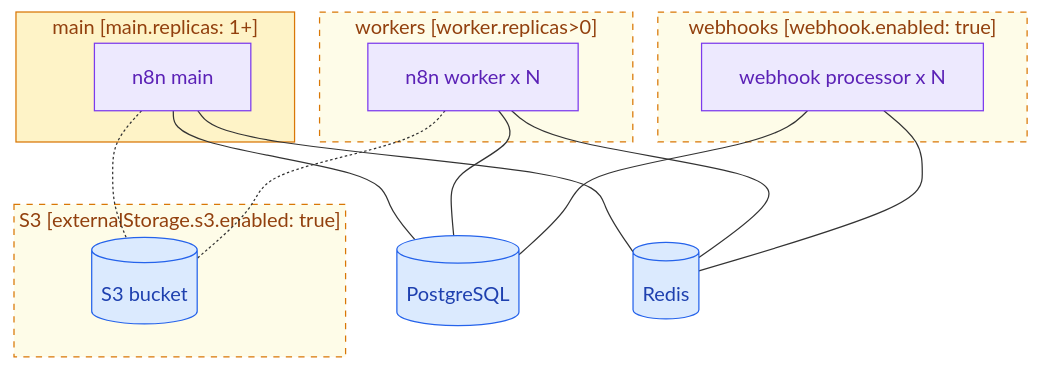
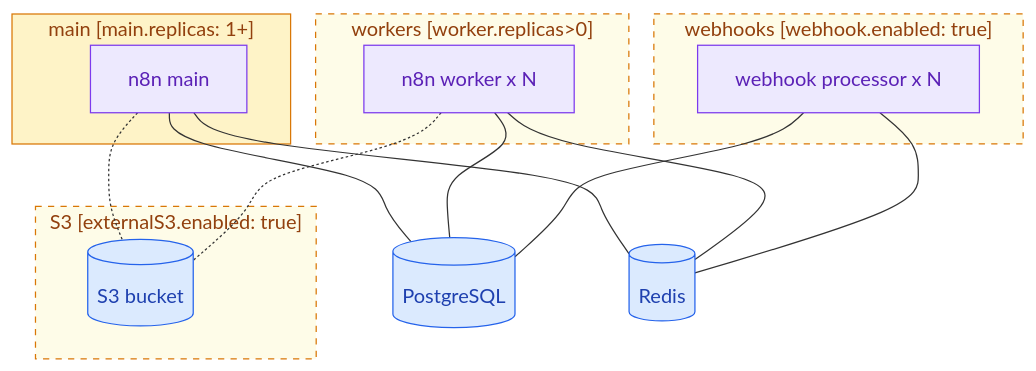
The diagram in README.md (ATHEO-Ingenierie/n8n-helm), drawn with Mermaid before and after one commit. The commit also changed other lines of this file and 6 other files, not shown here.

````diff
--- a/README.md
+++ b/README.md
@@ -20,37 +20,37 @@
 ```mermaid
 graph TD
     subgraph main_box["main [main.replicas: 1+]"]
         M[n8n main]:::comp
     end
 
     subgraph worker_box["workers [worker.replicas>0]"]
         W[n8n worker x N]:::comp
     end
 
     subgraph webhook_box["webhooks [webhook.enabled: true]"]
         WH[webhook processor x N]:::comp
     end
 
     PG[(PostgreSQL)]:::infra
     Redis[(Redis)]:::infra
 
-    subgraph s3_box["S3 [externalStorage.s3.enabled: true]"]
+    subgraph s3_box["S3 [externalS3.enabled: true]"]
         S3[(S3 bucket)]:::infra
     end
 
     M --- PG
     W --- PG
     WH --- PG
     M --- Redis
     W --- Redis
     WH --- Redis
     M -.- S3
     W -.- S3
 
     classDef comp fill:#ede9fe,stroke:#7c3aed,color:#5b21b6
     classDef infra fill:#dbeafe,stroke:#2563eb,color:#1e40af
     style main_box fill:#fef3c7,stroke:#d97706,color:#92400e
     style worker_box fill:#fefce8,stroke:#d97706,color:#92400e,stroke-dasharray: 5 5
     style webhook_box fill:#fefce8,stroke:#d97706,color:#92400e,stroke-dasharray: 5 5
     style s3_box fill:#fefce8,stroke:#d97706,color:#92400e,stroke-dasharray: 5 5
 ```
````
